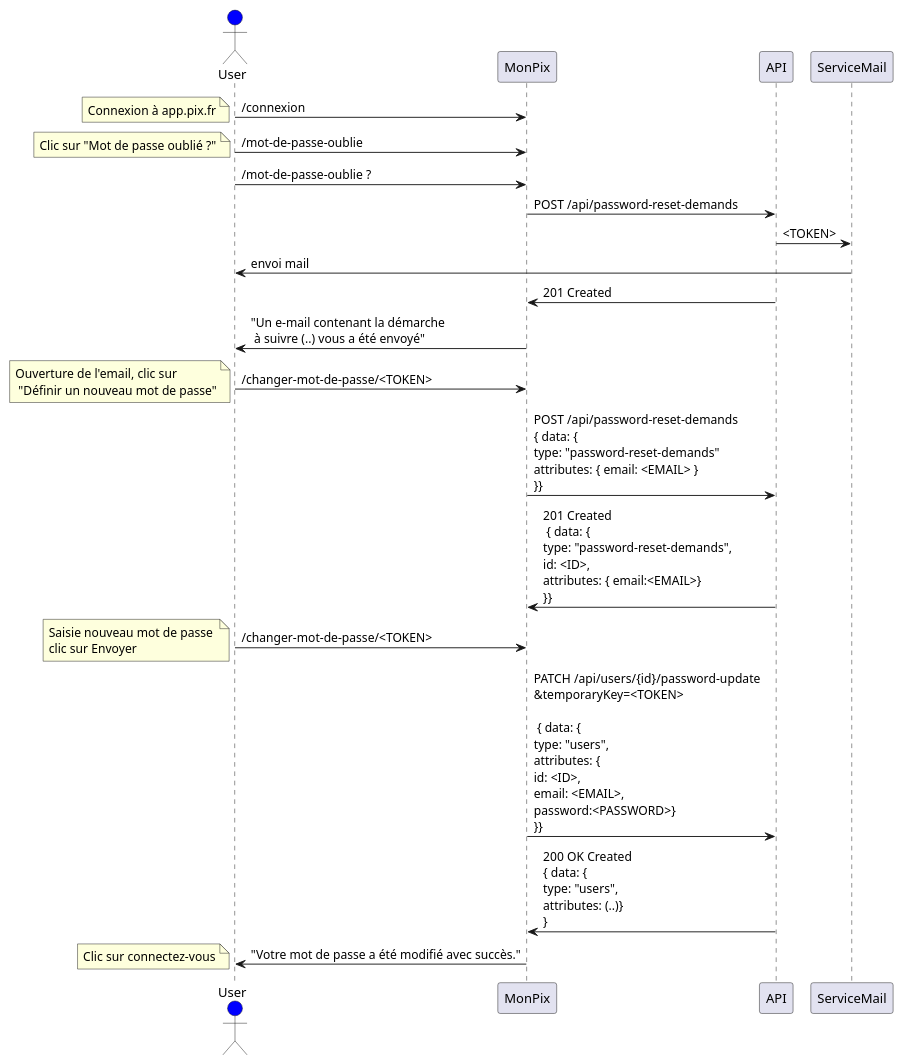
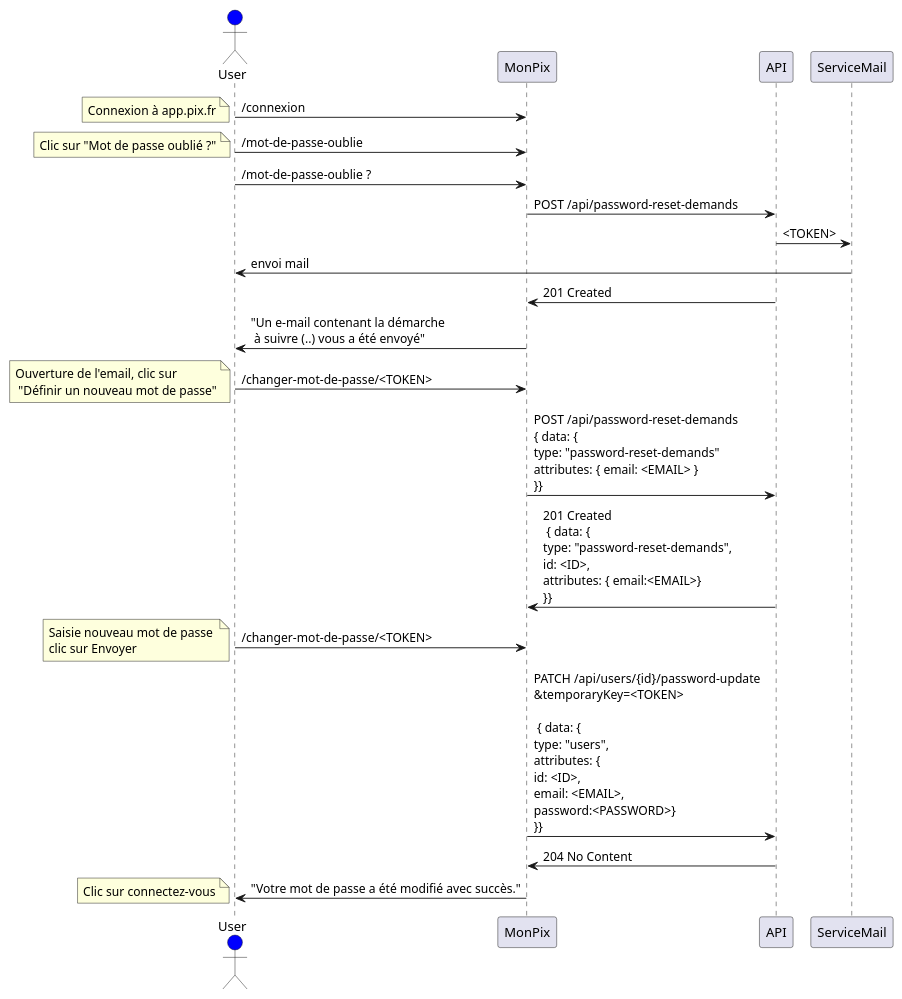
The diagram in docs/security/reset_with_email.puml (1024pix/pix), drawn with PlantUML before and after one commit.

Commit message:
doc(security): update security 'reset with email' doc

```diff
--- a/docs/security/reset_with_email.puml
+++ b/docs/security/reset_with_email.puml
@@ -1,26 +1,26 @@
 @startuml
 actor User #blue
 participant MonPix
 participant API
 participant ServiceMail
 User -> MonPix : /connexion
 note left: Connexion à app.pix.fr
 User -> MonPix : /mot-de-passe-oublie
 note left: Clic sur "Mot de passe oublié ?"
 User -> MonPix : /mot-de-passe-oublie ?
 MonPix -> API : POST /api/password-reset-demands
 API -> ServiceMail : <TOKEN>
 ServiceMail -> User: envoi mail
 API -> MonPix : 201 Created
 MonPix -> User : "Un e-mail contenant la démarche  \n à suivre (..) vous a été envoyé"
 User -> MonPix : /changer-mot-de-passe/<TOKEN>
 note left: Ouverture de l'email, clic sur \n "Définir un nouveau mot de passe"
 MonPix -> API : POST /api/password-reset-demands \n{ data: { \ntype: "password-reset-demands" \nattributes: { email: <EMAIL> }\n}}
 API -> MonPix : 201 Created \n { data: {\ntype: "password-reset-demands", \nid: <ID>, \nattributes: { email:<EMAIL>}\n}}
 User -> MonPix : /changer-mot-de-passe/<TOKEN>
 note left: Saisie nouveau mot de passe \nclic sur Envoyer
 MonPix -> API : PATCH /api/users/{id}/password-update\n&temporaryKey=<TOKEN>\n\n { data: { \ntype: "users", \nattributes: {  \nid: <ID>,  \nemail: <EMAIL>, \npassword:<PASSWORD>}\n}}
-API -> MonPix : 200 OK Created \n{ data: { \ntype: "users", \nattributes: (..)} \n}
+API -> MonPix : 204 No Content
 MonPix -> User : "Votre mot de passe a été modifié avec succès."
 note left: Clic sur connectez-vous
 @enduml
```
